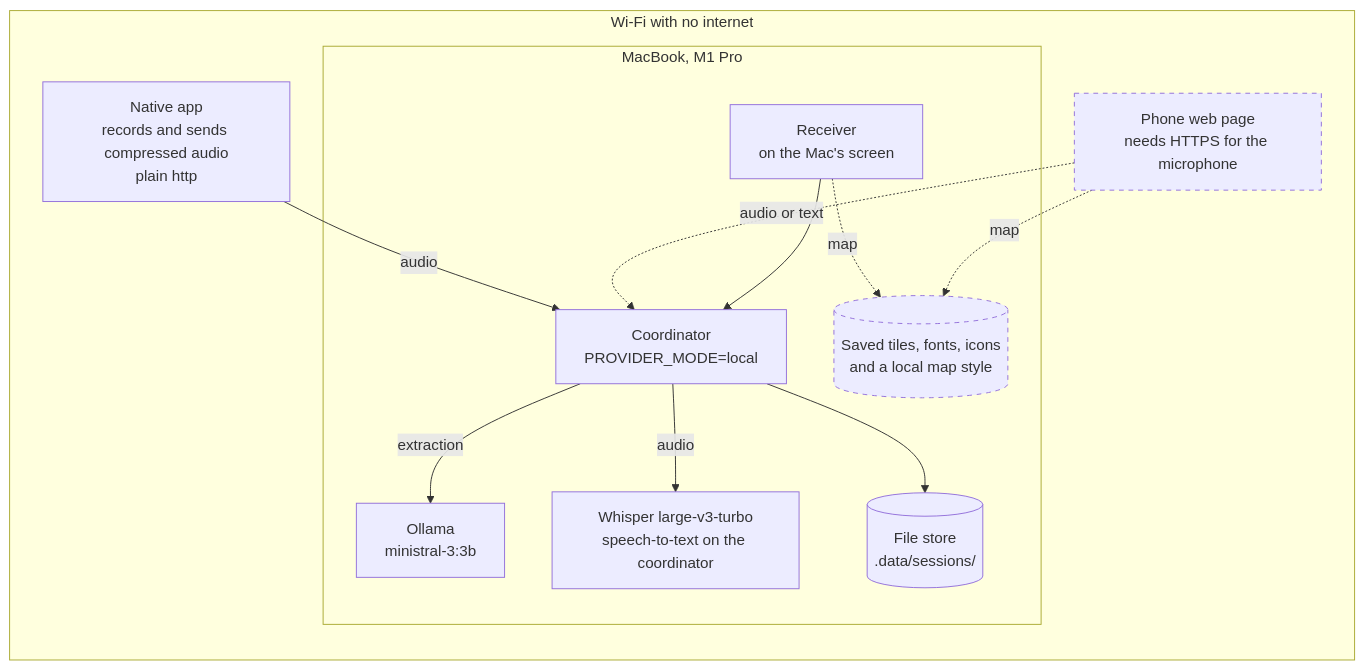
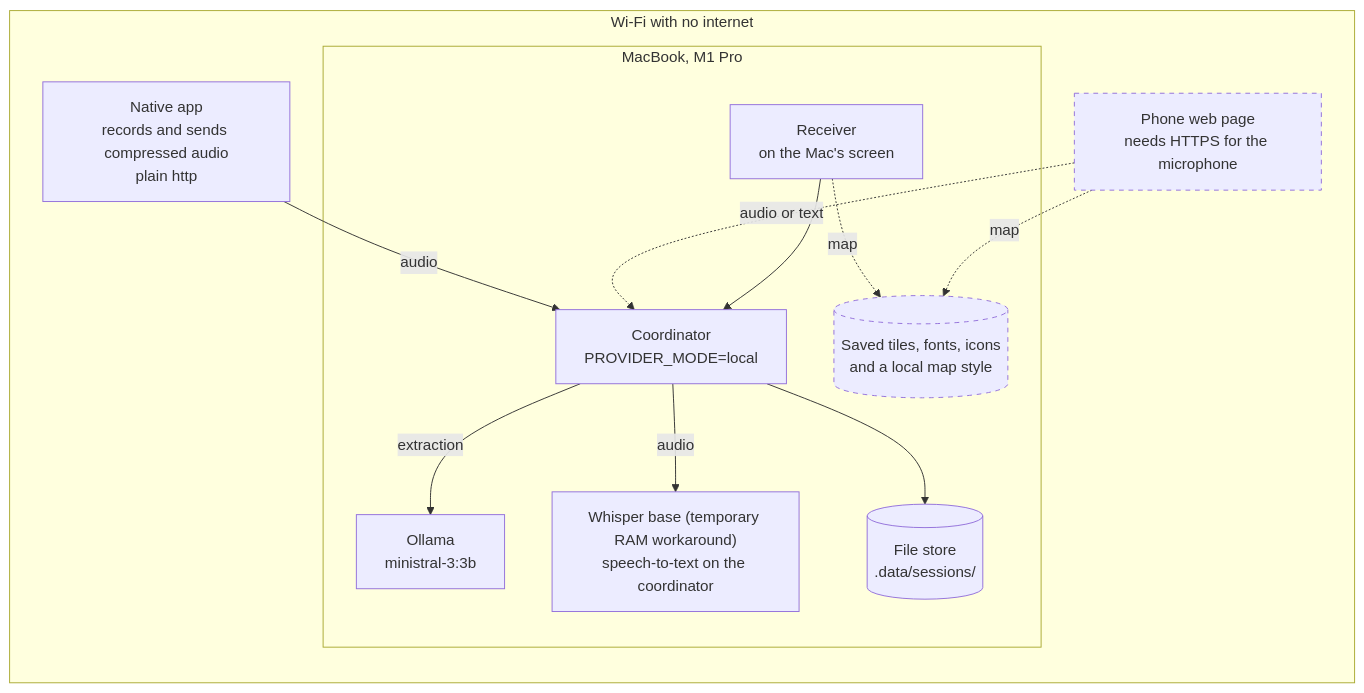
One commit to adam2765/edth-hackathon changed the fifth of 5 diagrams in docs/plan.md. Above: the diagram before and after it, drawn with Mermaid. The commit also changed other lines of this file and 8 other files, not shown here.

First line of the commit message:
Use smaller coordinator Whisper temporarily and retain warm Ollama

````diff
--- a/docs/plan.md
+++ b/docs/plan.md
@@ -272,26 +272,26 @@
 ```mermaid
 flowchart LR
     subgraph NET["Wi-Fi with no internet"]
         NAT["Native app<br/>records and sends compressed audio<br/>plain http"]
         WEB["Phone web page<br/>needs HTTPS for the microphone"]:::todo
         subgraph MAC["MacBook, M1 Pro"]
             CO["Coordinator<br/>PROVIDER_MODE=local"]
             OLL["Ollama<br/>ministral-3:3b"]
-            WHS["Whisper large-v3-turbo<br/>speech-to-text on the coordinator"]
+            WHS["Whisper base (temporary RAM workaround)<br/>speech-to-text on the coordinator"]
             ST[("File store<br/>.data/sessions/")]
             RX["Receiver<br/>on the Mac's screen"]
             TILES[("Saved tiles, fonts, icons<br/>and a local map style")]:::todo
         end
     end
 
     NAT -- "audio" --> CO
     WEB -. "audio or text" .-> CO
     CO -- "extraction" --> OLL
     CO -- "audio" --> WHS
     CO --> ST
     RX --> CO
     RX -. "map" .-> TILES
     WEB -. "map" .-> TILES
 
     classDef todo stroke-dasharray: 5 5
 ```
````
